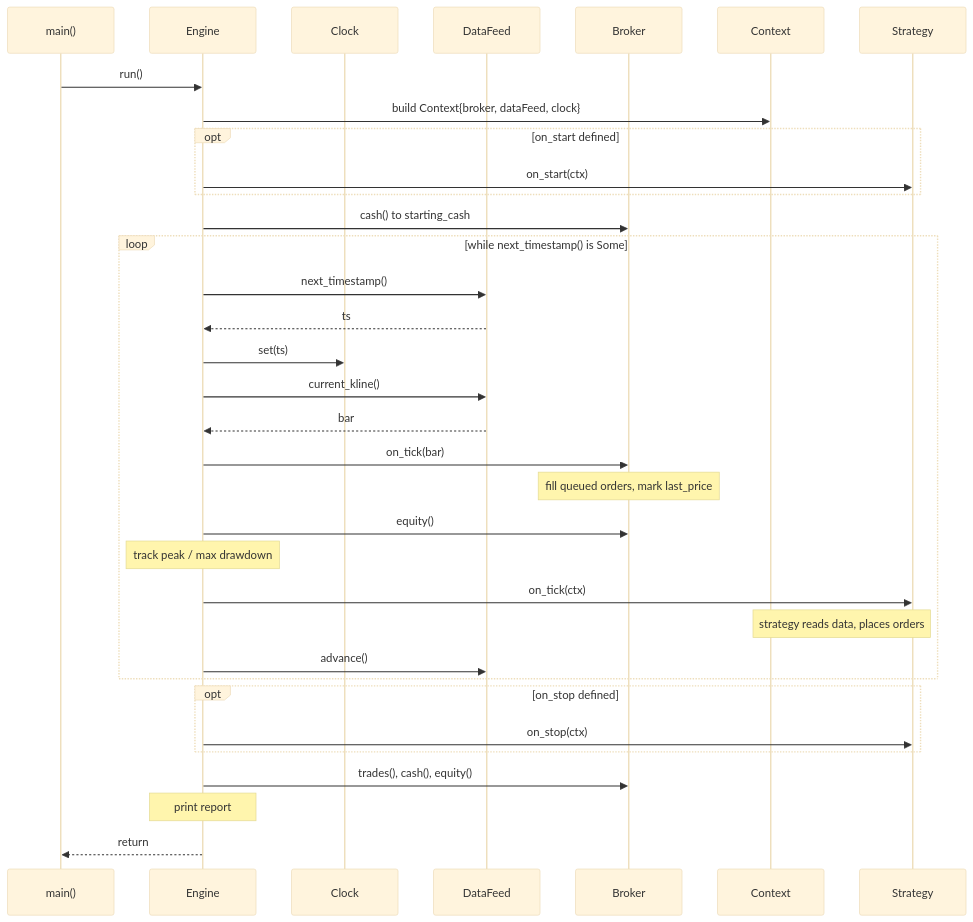
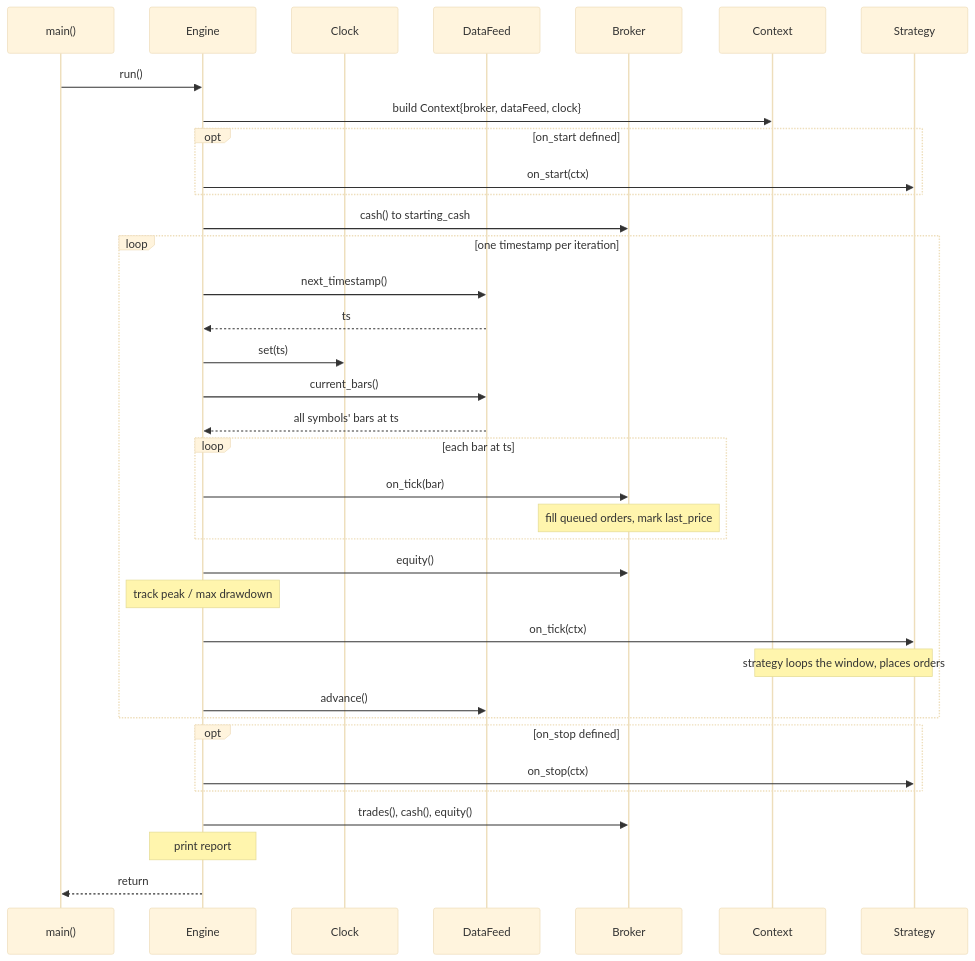
The fifth of 7 diagrams in docs/architecture.md (barberkman/stonks), drawn with Mermaid (base theme) before and after one commit. The commit also changed other lines of this file and 25 other files, not shown here.

First line of the commit message:
Replace flat KLine feed with columnar per-timestamp multi-symbol window

````diff
--- a/docs/architecture.md
+++ b/docs/architecture.md
@@ -227,39 +245,41 @@
 ```mermaid
 sequenceDiagram
     participant Main as main()
     participant E as Engine
     participant C as Clock
     participant F as DataFeed
     participant B as Broker
     participant Ctx as Context
     participant S as Strategy
 
     Main->>E: run()
     E->>Ctx: build Context{broker, dataFeed, clock}
     opt on_start defined
         E->>S: on_start(ctx)
     end
     E->>B: cash() to starting_cash
 
-    loop while next_timestamp() is Some
+    loop one timestamp per iteration
         E->>F: next_timestamp()
         F-->>E: ts
         E->>C: set(ts)
-        E->>F: current_kline()
-        F-->>E: bar
-        E->>B: on_tick(bar)
-        Note over B: fill queued orders, mark last_price
+        E->>F: current_bars()
+        F-->>E: all symbols' bars at ts
+        loop each bar at ts
+            E->>B: on_tick(bar)
+            Note over B: fill queued orders, mark last_price
+        end
         E->>B: equity()
         Note over E: track peak / max drawdown
         E->>S: on_tick(ctx)
-        Note over S,Ctx: strategy reads data, places orders
+        Note over S,Ctx: strategy loops the window, places orders
         E->>F: advance()
     end
 
     opt on_stop defined
         E->>S: on_stop(ctx)
     end
     E->>B: trades(), cash(), equity()
     Note over E: print report
     E-->>Main: return
 ```
````
